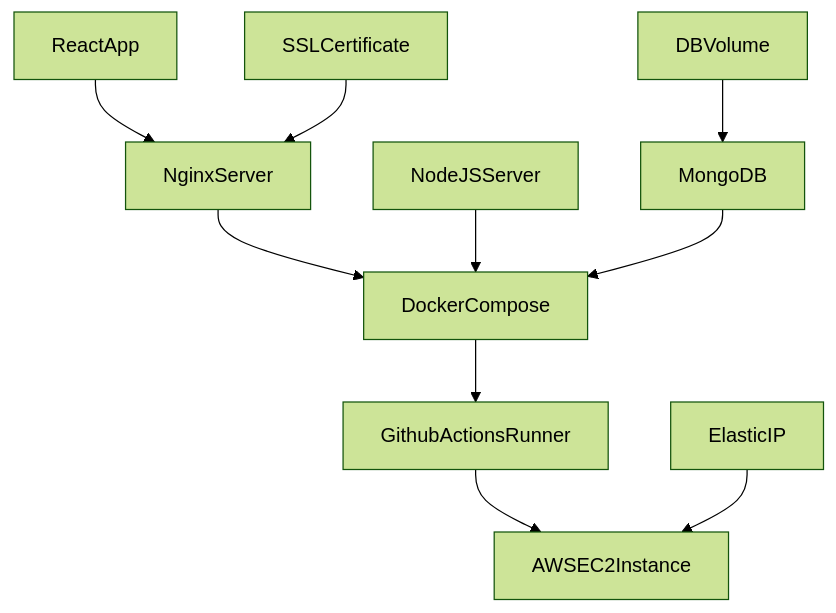
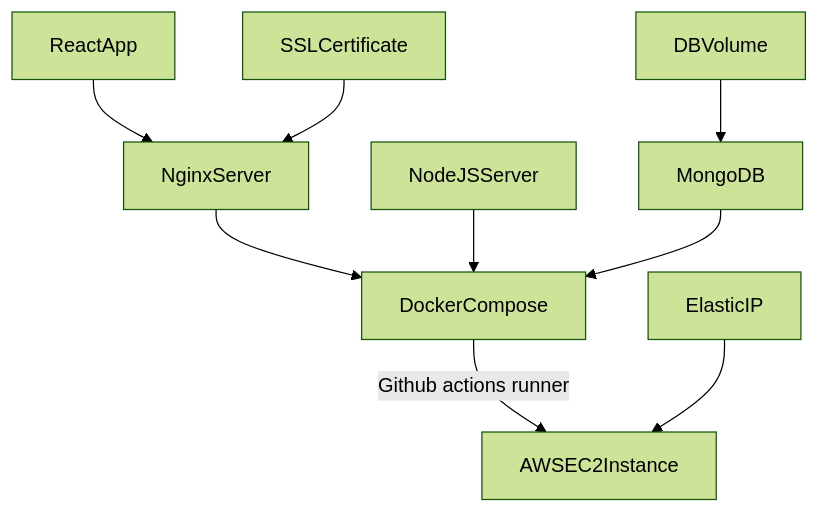
One commit to CarlaCGDM/open-virtual-tours changed the diagram in README.md. Above: the diagram before and after it, drawn with Mermaid (forest theme).

````diff
--- a/README.md
+++ b/README.md
@@ -26,12 +26,11 @@
 ```mermaid
 graph TD;
     ReactApp-->NginxServer;
     SSLCertificate-->NginxServer;
     NginxServer-->DockerCompose;
     NodeJSServer-->DockerCompose;
     DBVolume-->MongoDB;
     MongoDB-->DockerCompose;
-    DockerCompose-->GithubActionsRunner;
-    GithubActionsRunner-->AWSEC2Instance;
+    DockerCompose--> |Github actions runner| AWSEC2Instance;
     ElasticIP-->AWSEC2Instance;
 ```
````
